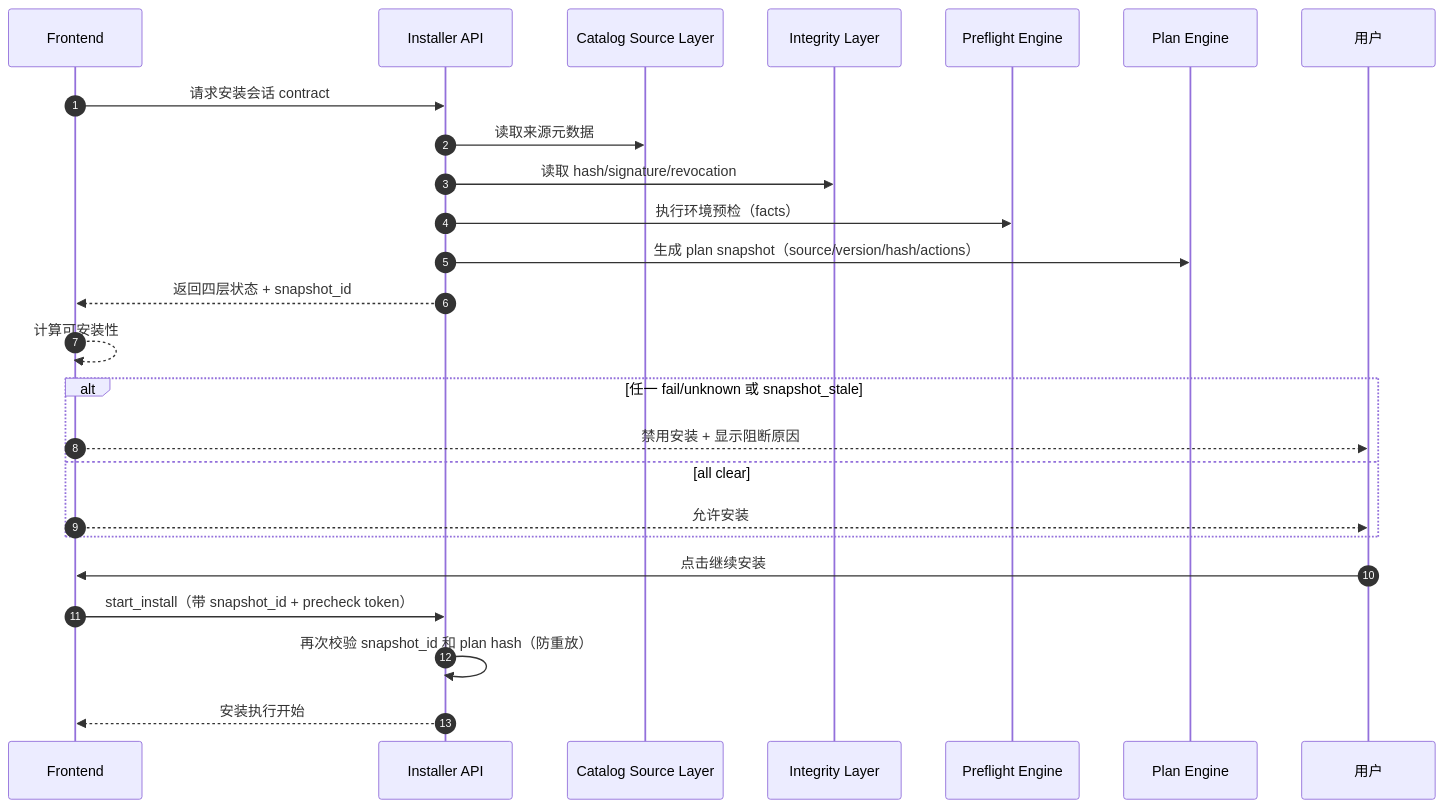
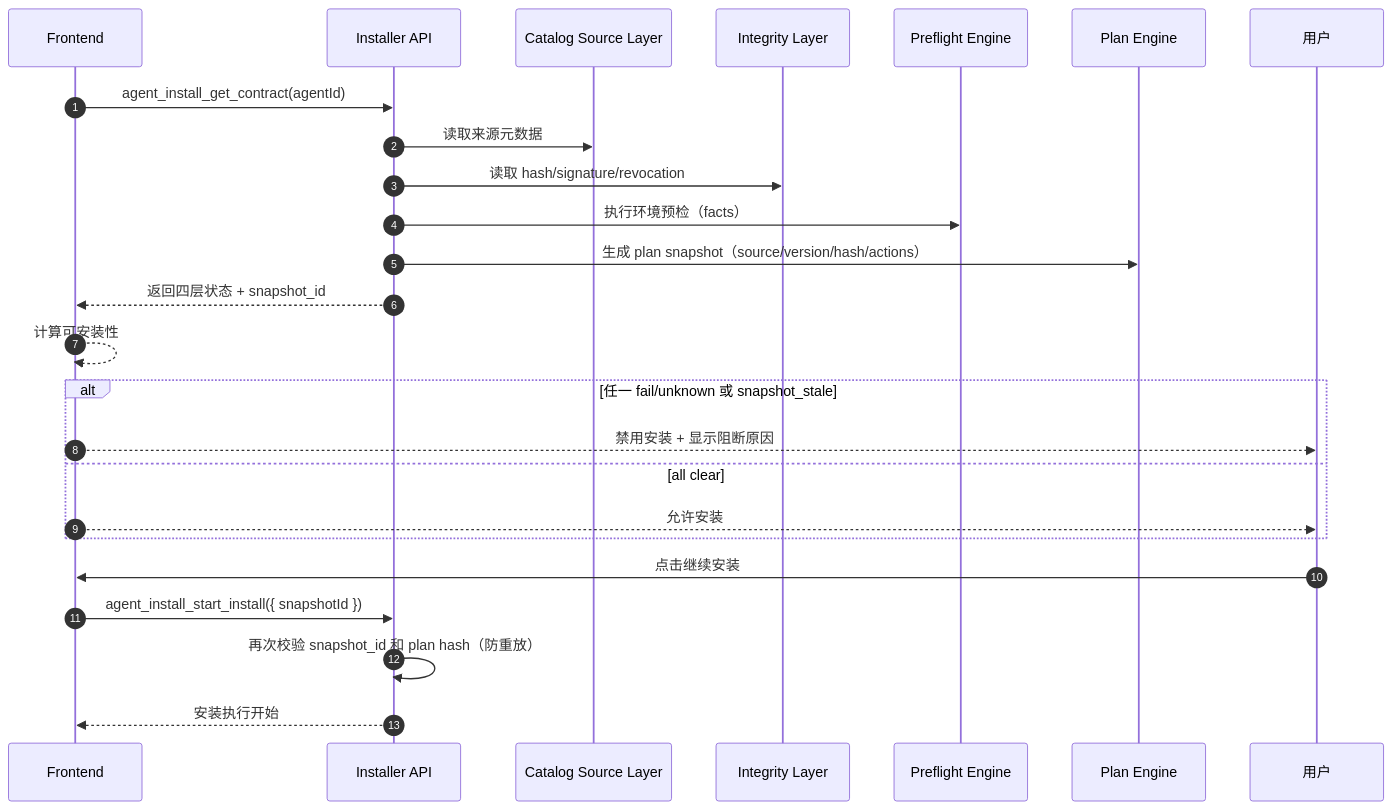
The diagram in .trellis/tasks/08-13-g1-25-28-install-source-preflight-plan/overview-design.md (drbanx/fyagent), drawn with Mermaid before and after one commit. The commit also changed 3 other files, not shown here.

First line of the commit message:
docs: detach G1 install contract from Codex Desktop MSIX

````diff
--- a/.trellis/tasks/08-13-g1-25-28-install-source-preflight-plan/overview-design.md
+++ b/.trellis/tasks/08-13-g1-25-28-install-source-preflight-plan/overview-design.md
@@ -7,26 +7,26 @@
 ```mermaid
 sequenceDiagram
   autonumber
   participant UI as Frontend
   participant API as Installer API
   participant SRC as Catalog Source Layer
   participant PKG as Integrity Layer
   participant ENV as Preflight Engine
   participant PLAN as Plan Engine
-  UI->>API: 请求安装会话 contract
+  UI->>API: agent_install_get_contract(agentId)
   API->>SRC: 读取来源元数据
   API->>PKG: 读取 hash/signature/revocation
   API->>ENV: 执行环境预检（facts）
   API->>PLAN: 生成 plan snapshot（source/version/hash/actions）
   API-->>UI: 返回四层状态 + snapshot_id
   UI-->>UI: 计算可安装性
   alt 任一 fail/unknown 或 snapshot_stale
     UI-->>用户: 禁用安装 + 显示阻断原因
   else all clear
     UI-->>用户: 允许安装
   end
   用户->>UI: 点击继续安装
-  UI->>API: start_install（带 snapshot_id + precheck token）
+  UI->>API: agent_install_start_install({ snapshotId })
   API->>API: 再次校验 snapshot_id 和 plan hash（防重放）
   API-->>UI: 安装执行开始
 ```
````
